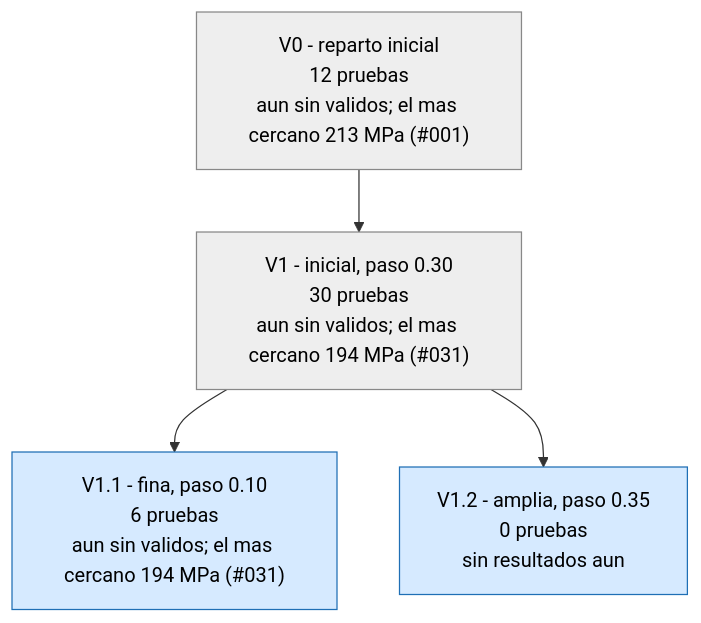
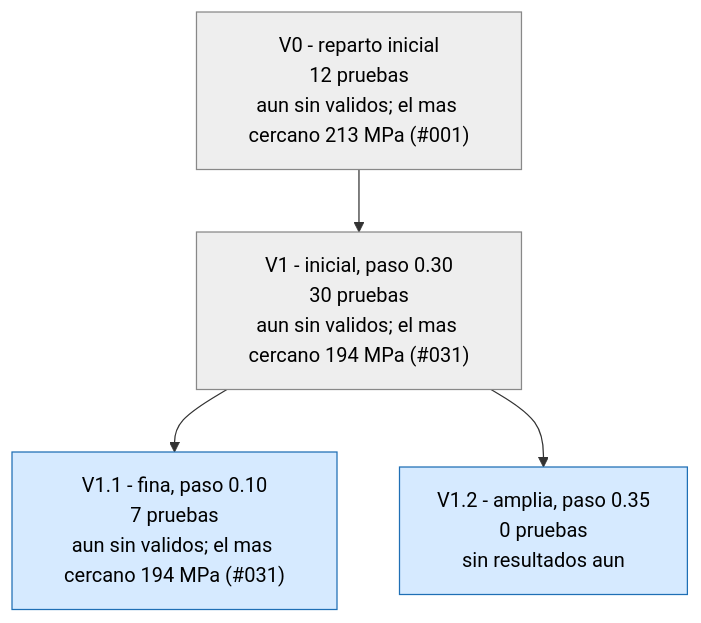
The first of 3 diagrams in runs/opt_37800N/ARBOL.md (Hugiko/msd-soporte-optimizacion), drawn with Mermaid before and after one commit. The commit also changed 14 other files, not shown here.

````diff
--- a/runs/opt_37800N/ARBOL.md
+++ b/runs/opt_37800N/ARBOL.md
@@ -9,13 +9,13 @@
 ```mermaid
 graph TD
 classDef activa fill:#d6eaff,stroke:#1f6fb5,color:#000
 classDef fin fill:#eeeeee,stroke:#888,color:#000
 classDef mejor fill:#c8f0c0,stroke:#1a9850,stroke-width:4px,color:#000
 V0["V0 - reparto inicial<br/>12 pruebas<br/>aun sin validos; el mas cercano 213 MPa (#001)"]:::fin
 V1["V1 - inicial, paso 0.30<br/>30 pruebas<br/>aun sin validos; el mas cercano 194 MPa (#031)"]:::fin
 V0 --> V1
-V1_1["V1.1 - fina, paso 0.10<br/>6 pruebas<br/>aun sin validos; el mas cercano 194 MPa (#031)"]:::activa
+V1_1["V1.1 - fina, paso 0.10<br/>7 pruebas<br/>aun sin validos; el mas cercano 194 MPa (#031)"]:::activa
 V1 --> V1_1
 V1_2["V1.2 - amplia, paso 0.35<br/>0 pruebas<br/>sin resultados aun"]:::activa
 V1 --> V1_2
 ```
````
